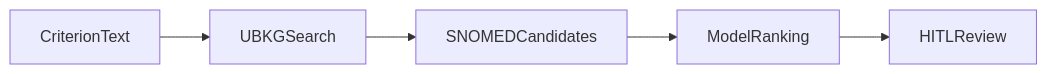
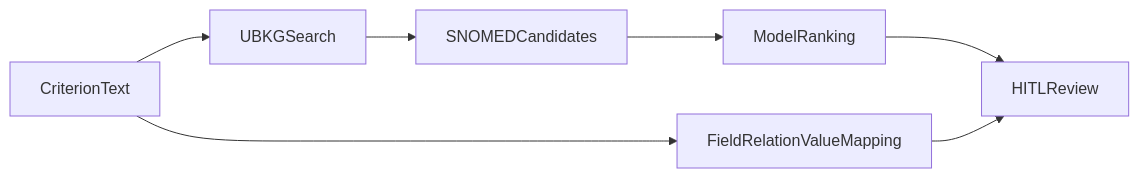
One commit to ET-NoahDolev/medgemma-hackathon changed the diagram in docs/diagrams/grounding-flow.md. Above: the diagram before and after it, drawn with Mermaid. The commit also changed 14 other files, not shown here.

Commit message:
Update documentation across multiple components to include field/relation/value mapping details. Enhanced README files, API specifications, and architectural diagrams to reflect new mapping features and responsibilities, ensuring clarity for the MedGemma hackathon demo.

````diff
--- a/docs/diagrams/grounding-flow.md
+++ b/docs/diagrams/grounding-flow.md
@@ -3,7 +3,9 @@
 ```mermaid
 flowchart LR
   criterion[CriterionText] --> ubkg[UBKGSearch]
   ubkg --> candidates[SNOMEDCandidates]
   candidates --> rank[ModelRanking]
   rank --> review[HITLReview]
+  criterion --> fieldmap[FieldRelationValueMapping]
+  fieldmap --> review
 ```
````
